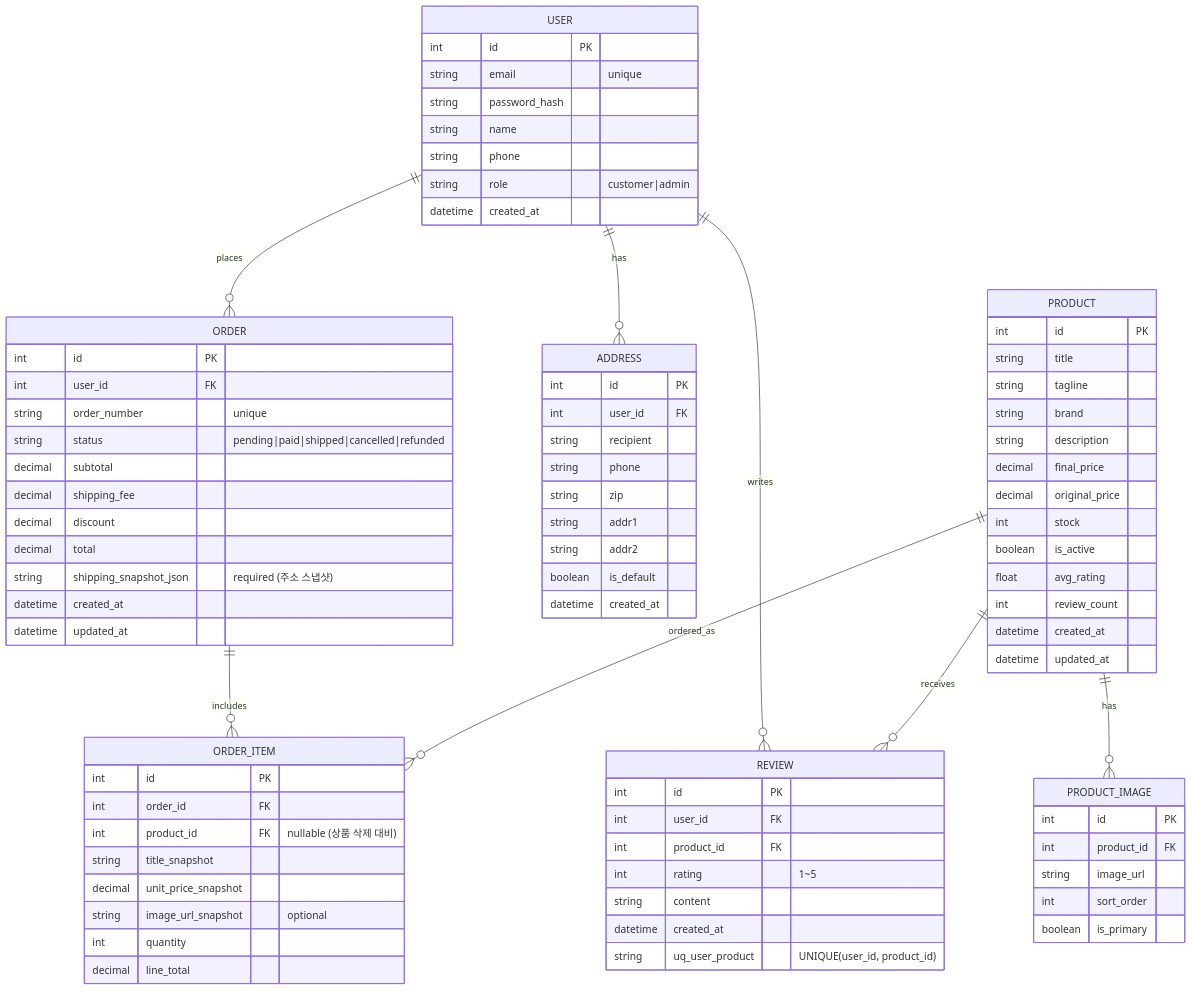
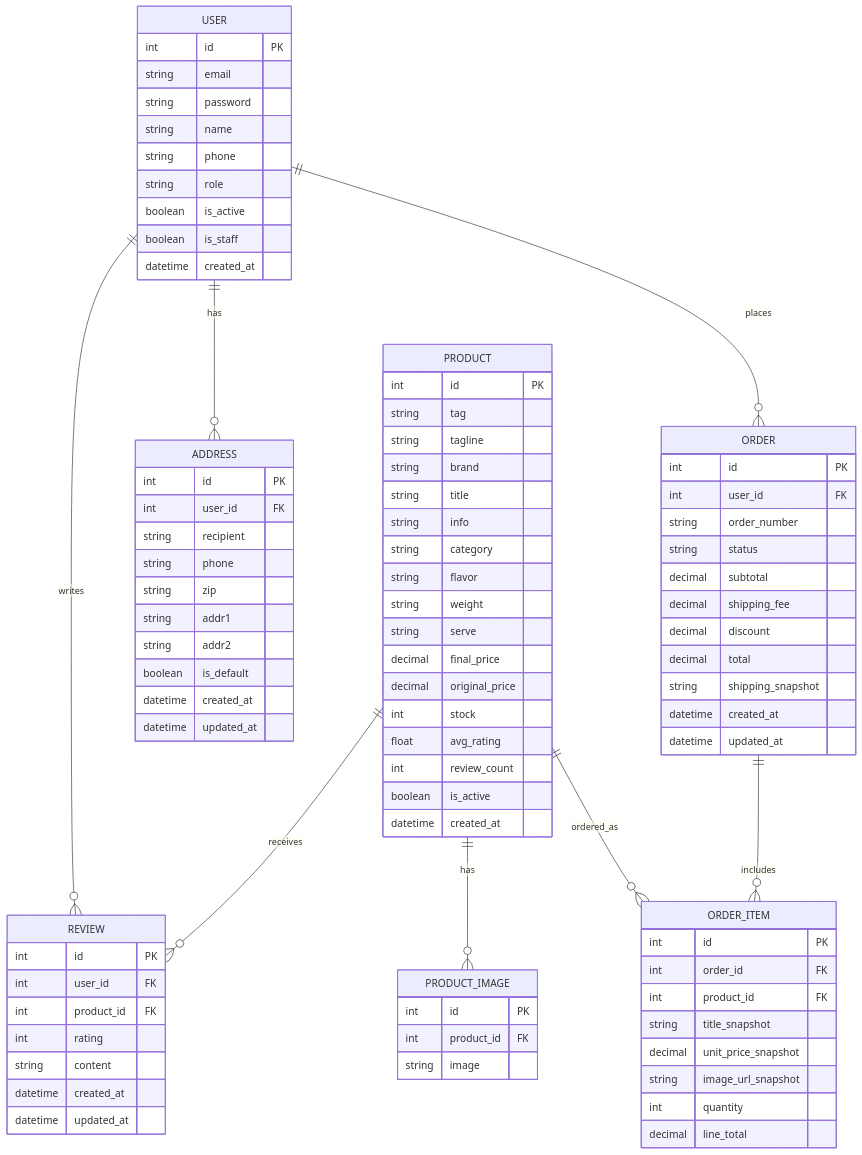
One commit to EuiseokJeongNZ/react-ecommerce-project changed the diagram in erd.mmd. Above: the diagram before and after it, drawn with Mermaid. The commit also changed 3 other files, not shown here.

```diff
--- a/erd.mmd
+++ b/erd.mmd
@@ -1,93 +1,96 @@
 erDiagram
     USER {
-      int id PK
-      string email "unique"
-      string password_hash
-      string name
-      string phone
-      string role "customer|admin"
-      datetime created_at
+        int id PK
+        string email
+        string password
+        string name
+        string phone
+        string role
+        boolean is_active
+        boolean is_staff
+        datetime created_at
     }
 
     PRODUCT {
-      int id PK
-      string title
-      string tagline
-      string brand
-      string description
-      decimal final_price
-      decimal original_price
-      int stock
-      boolean is_active
-      float avg_rating
-      int review_count
-      datetime created_at
-      datetime updated_at
+        int id PK
+        string tag
+        string tagline
+        string brand
+        string title
+        string info
+        string category
+        string flavor
+        string weight
+        string serve
+        decimal final_price
+        decimal original_price
+        int stock
+        float avg_rating
+        int review_count
+        boolean is_active
+        datetime created_at
     }
 
     PRODUCT_IMAGE {
-      int id PK
-      int product_id FK
-      string image_url
-      int sort_order
-      boolean is_primary
+        int id PK
+        int product_id FK
+        string image
     }
 
     ADDRESS {
-      int id PK
-      int user_id FK
-      string recipient
-      string phone
-      string zip
-      string addr1
-      string addr2
-      boolean is_default
-      datetime created_at
+        int id PK
+        int user_id FK
+        string recipient
+        string phone
+        string zip
+        string addr1
+        string addr2
+        boolean is_default
+        datetime created_at
+        datetime updated_at
     }
 
-    "ORDER" {
-      int id PK
-      int user_id FK
-      string order_number "unique"
-      string status "pending|paid|shipped|cancelled|refunded"
-      decimal subtotal
-      decimal shipping_fee
-      decimal discount
-      decimal total
-      string shipping_snapshot_json "required (주소 스냅샷)"
-      datetime created_at
-      datetime updated_at
+    ORDER {
+        int id PK
+        int user_id FK
+        string order_number
+        string status
+        decimal subtotal
+        decimal shipping_fee
+        decimal discount
+        decimal total
+        string shipping_snapshot
+        datetime created_at
+        datetime updated_at
     }
 
     ORDER_ITEM {
-      int id PK
-      int order_id FK
-      int product_id FK "nullable (상품 삭제 대비)"
-      string title_snapshot
-      decimal unit_price_snapshot
-      string image_url_snapshot "optional"
-      int quantity
-      decimal line_total
+        int id PK
+        int order_id FK
+        int product_id FK
+        string title_snapshot
+        decimal unit_price_snapshot
+        string image_url_snapshot
+        int quantity
+        decimal line_total
     }
 
     REVIEW {
-      int id PK
-      int user_id FK
-      int product_id FK
-      int rating "1~5"
-      string content
-      datetime created_at
-      string uq_user_product "UNIQUE(user_id, product_id)"
+        int id PK
+        int user_id FK
+        int product_id FK
+        int rating
+        string content
+        datetime created_at
+        datetime updated_at
     }
 
-    %% Relations
     USER ||--o{ ADDRESS : has
-
-    USER ||--o{ "ORDER" : places
-    "ORDER" ||--o{ ORDER_ITEM : includes
-    PRODUCT ||--o{ ORDER_ITEM : ordered_as
+    USER ||--o{ ORDER : places
+    USER ||--o{ REVIEW : writes
 
     PRODUCT ||--o{ PRODUCT_IMAGE : has
+    PRODUCT ||--o{ ORDER_ITEM : ordered_as
+    PRODUCT ||--o{ REVIEW : receives
 
-    USER ||--o{ REVIEW : writes
-    PRODUCT ||--o{ REVIEW : receives
+    ORDER ||--o{ ORDER_ITEM : includes
```
